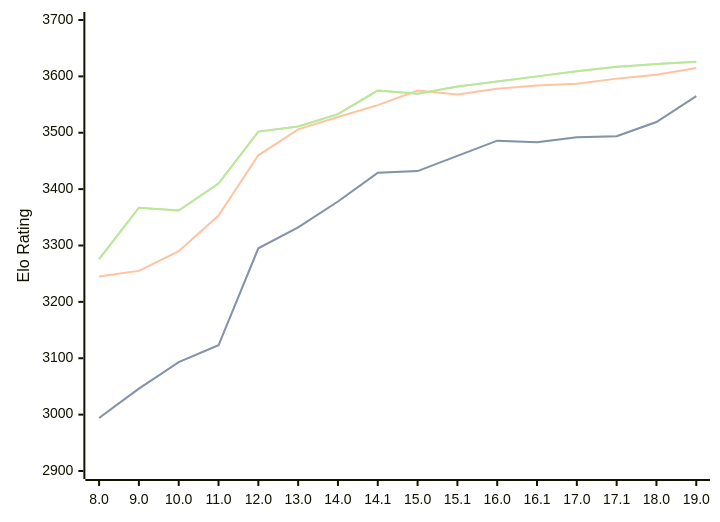
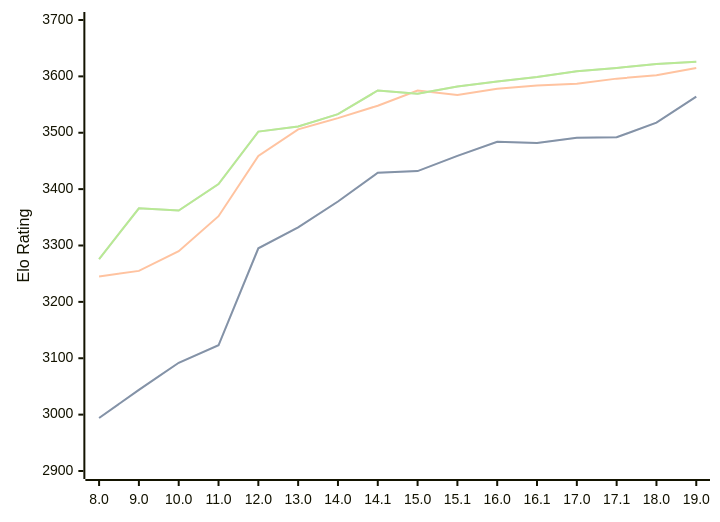
The diagram in engines/Stockfish.md (computer-chess-index/cci), drawn with Mermaid before and after one commit. The commit also changed other lines of this file, not shown here.

Commit message:
Update CCI Ratings (ELO VLTC) - 2026-10-01

````diff
--- a/engines/Stockfish.md
+++ b/engines/Stockfish.md
@@ -46,11 +46,11 @@
 ```mermaid
 %%{init: {"theme":"base","themeVariables":{"seriesColors:['#a3a3a3','#222221','#faa371']}}}%%
 xychart-beta
   x-axis ["8.0", "9.0", "10.0", "11.0", "12.0", "13.0", "14.0", "14.1", "15.0", "15.1", "16.0", "16.1", "17.0", "17.1", "18.0", "19.0"]
   y-axis "Elo Rating" 2900 --> 3700
-  line "" [2994, 3046, 3093, 3123, 3295, 3332, 3378, 3429, 3432, 3459, 3486, 3483, 3492, 3494, 3519, 3565]
-  line "STC (8.0+0.08s)" [2994, 3046, 3093, 3123, 3295, 3332, 3378, 3429, 3432, 3459, 3486, 3483, 3492, 3494, 3519, 3565]
-  line "LTC (60.0+0.60s)" [3245, 3255, 3290, 3353, 3460, 3506, 3528, 3549, 3575, 3568, 3578, 3584, 3587, 3596, 3603, 3615]
-  line "" [3276, 3367, 3362, 3410, 3502, 3511, 3533, 3575, 3569, 3582, 3591, 3600, 3609, 3617, 3622, 3626]
-  line "VLTC (2m24s+1.12s)" [3276, 3367, 3362, 3410, 3502, 3511, 3533, 3575, 3569, 3582, 3591, 3600, 3609, 3617, 3622, 3626]
+  line "" [2994, 3044, 3092, 3123, 3295, 3332, 3378, 3429, 3432, 3459, 3484, 3482, 3491, 3492, 3518, 3564]
+  line "STC (8.0+0.08s)" [2994, 3044, 3092, 3123, 3295, 3332, 3378, 3429, 3432, 3459, 3484, 3482, 3491, 3492, 3518, 3564]
+  line "LTC (60.0+0.60s)" [3245, 3255, 3290, 3352, 3459, 3506, 3526, 3548, 3575, 3567, 3578, 3584, 3587, 3596, 3602, 3615]
+  line "" [3276, 3366, 3362, 3409, 3502, 3511, 3533, 3575, 3569, 3582, 3591, 3599, 3609, 3615, 3622, 3626]
+  line "VLTC (2m24s+1.12s)" [3276, 3366, 3362, 3409, 3502, 3511, 3533, 3575, 3569, 3582, 3591, 3599, 3609, 3615, 3622, 3626]
 ```
````
